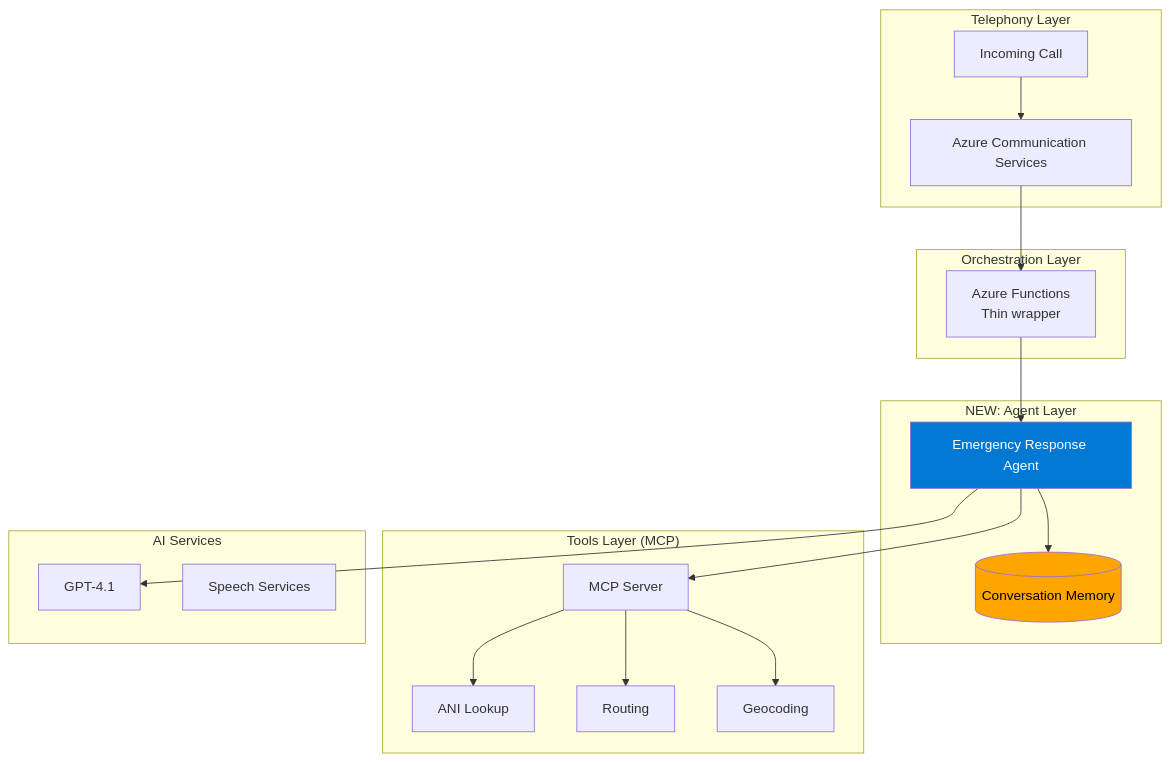
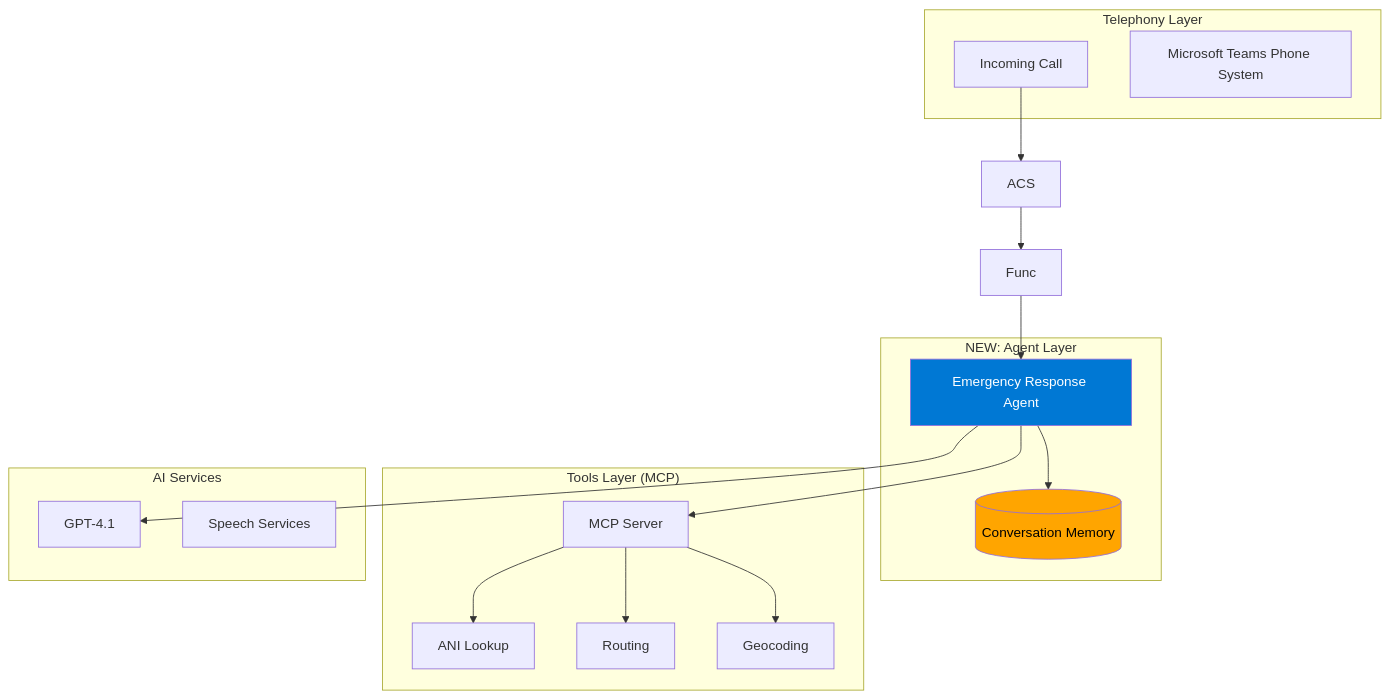
One commit to wtomaz808/e611-IVR changed the third of 4 diagrams in docs/MCP-agentic-config.md. Above: the diagram before and after it, drawn with Mermaid. The commit also changed other lines of this file and 25 other files, not shown here.

First line of the commit message:
docs: remove ACS references, add Teams demo guide

````diff
--- a/docs/MCP-agentic-config.md
+++ b/docs/MCP-agentic-config.md
@@ -382,41 +382,37 @@
 ```mermaid
 graph TB
     subgraph "Telephony Layer"
         Call[Incoming Call]
-        ACS[Azure Communication Services]
-    end
-    
-    subgraph "Orchestration Layer"
-        Func[Azure Functions<br/>Thin wrapper]
+        Teams[Microsoft Teams Phone System]
     end
     
     subgraph "NEW: Agent Layer"
         Agent[Emergency Response Agent]
         Memory[(Conversation Memory)]
         Agent --> Memory
     end
     
     subgraph "Tools Layer (MCP)"
         MCP[MCP Server]
         T1[ANI Lookup]
         T2[Routing]
         T3[Geocoding]
     end
     
     subgraph "AI Services"
         GPT[GPT-4.1]
         Speech[Speech Services]
     end
     
     Call --> ACS
     ACS --> Func
     Func --> Agent
     Agent --> GPT
     Agent --> MCP
     MCP --> T1
     MCP --> T2
     MCP --> T3
 
     style Agent fill:#0078D4,color:#fff
     style Memory fill:#FFA500,color:#000
 ```
````
